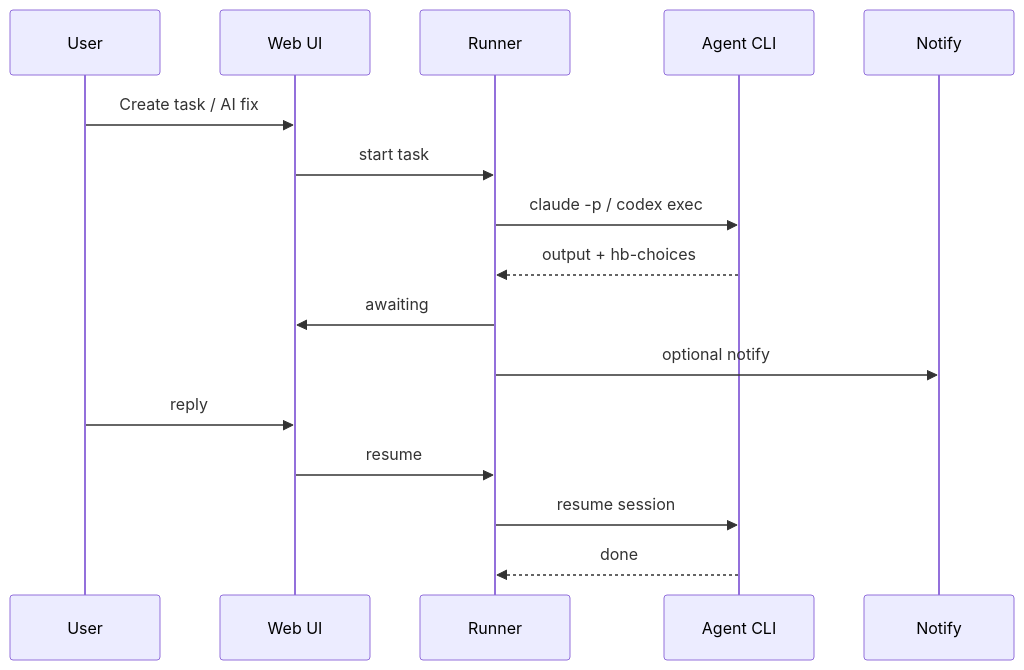
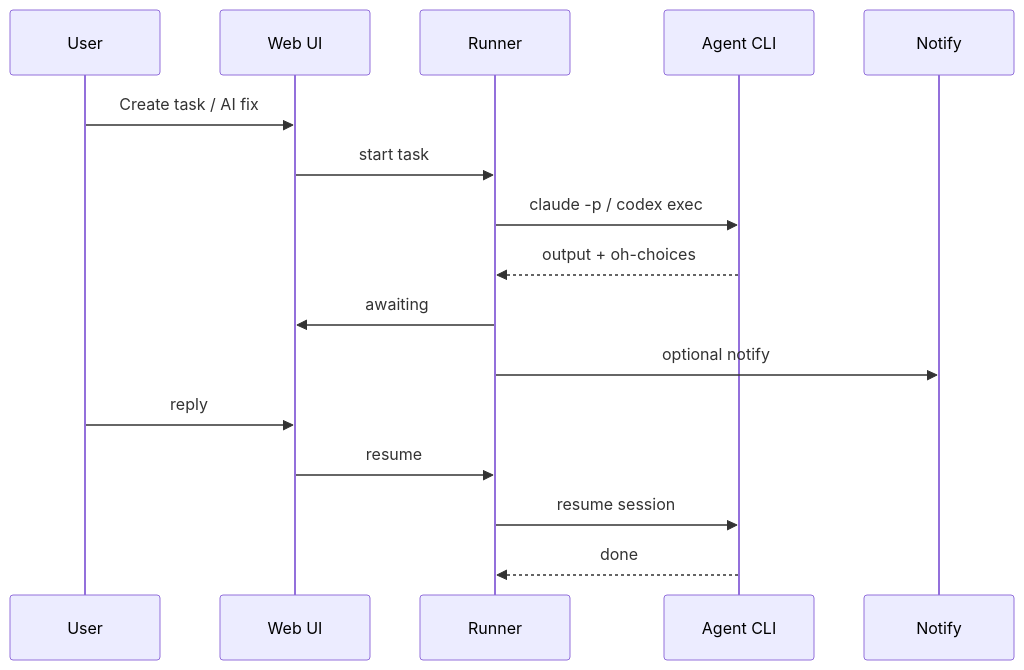
Before and after one commit to yangjieling/agent-desk: the second of 2 diagrams in README.md, drawn with Mermaid. The commit also changed other lines of this file and 18 other files, not shown here.

````diff
--- a/README.md
+++ b/README.md
@@ -203,19 +203,19 @@
 ```mermaid
 sequenceDiagram
   participant U as User
   participant W as Web UI
   participant R as Runner
   participant A as Agent CLI
   participant N as Notify
 
   U->>W: Create task / AI fix
   W->>R: start task
   R->>A: claude -p / codex exec
-  A-->>R: output + hb-choices
+  A-->>R: output + oh-choices
   R->>W: awaiting
   R->>N: optional notify
   U->>W: reply
   W->>R: resume
   R->>A: resume session
   A-->>R: done
 ```
````
